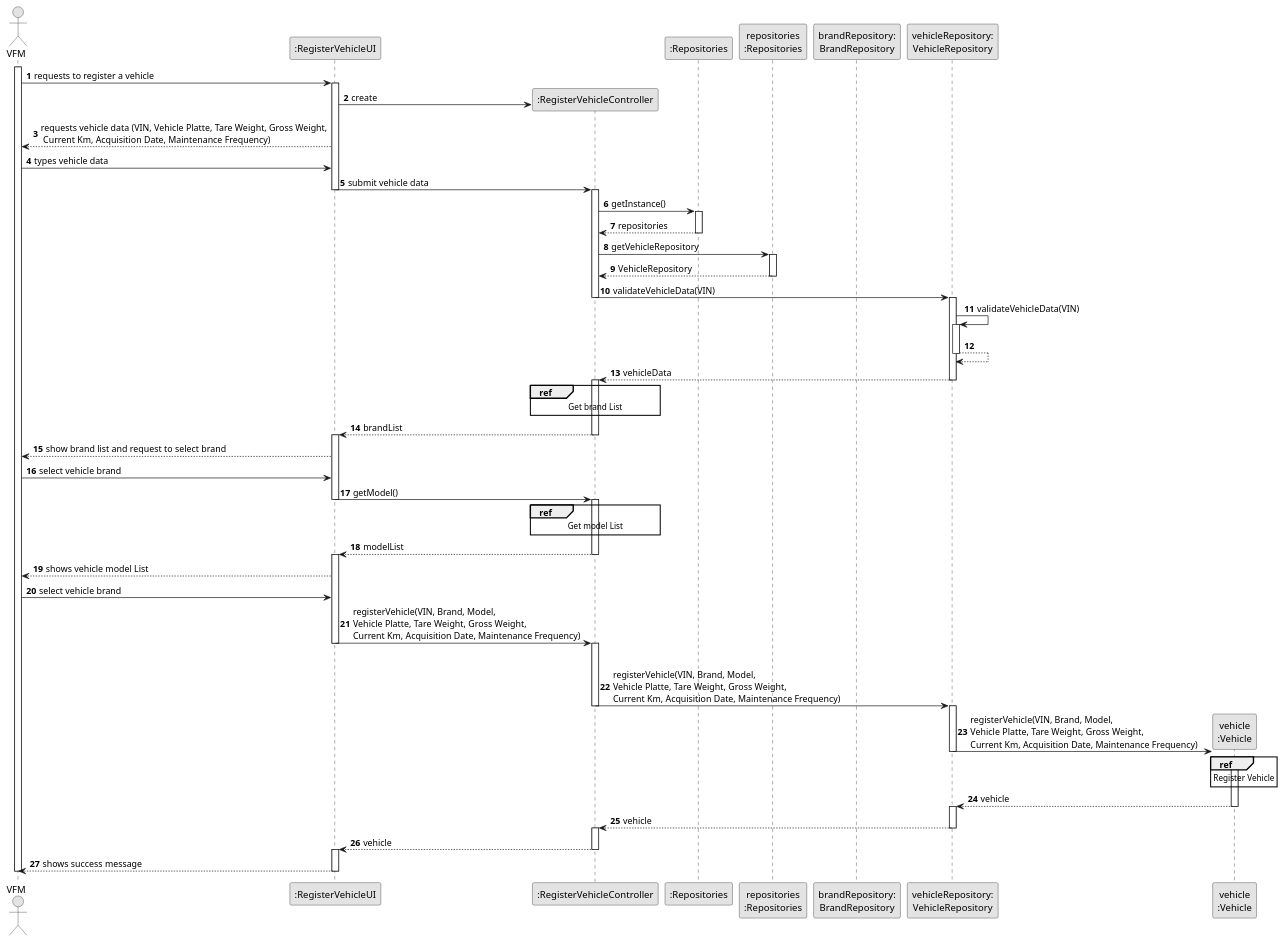
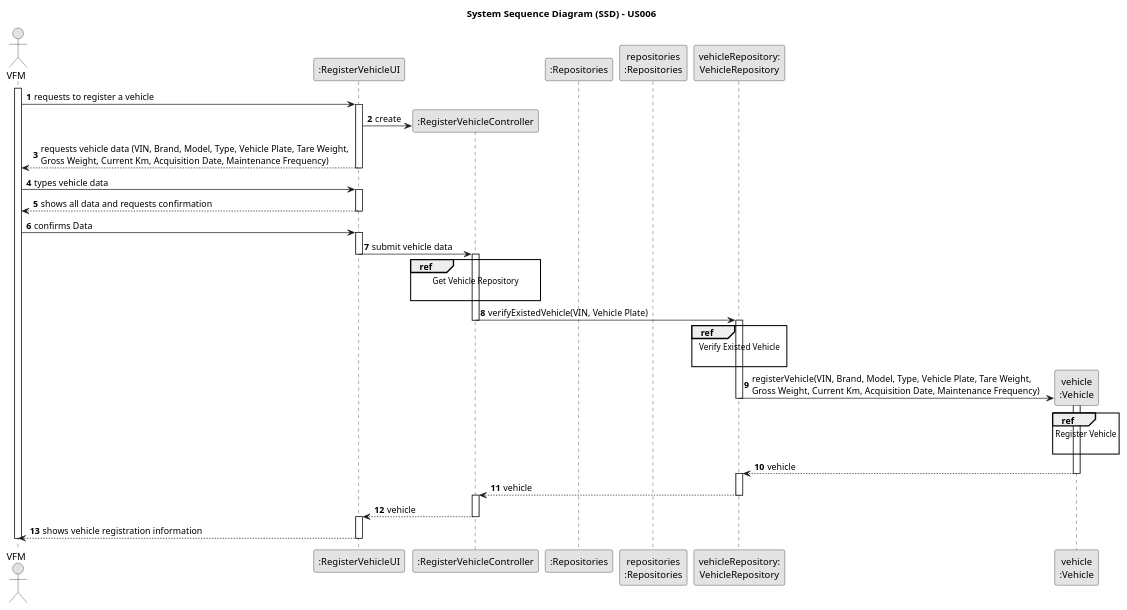
One commit to ricardomm7/leaflink changed the diagram in docs/sprintB/us006/03.design/puml/us006-sequence-diagram-split.puml. Above: the diagram before and after it, drawn with PlantUML. The commit also changed 11 other files, not shown here.

Commit message:
LFC2-148<Update US006 Readme.md and Class Diagram> LFC2-88<Update SSD>

```diff
--- a/docs/sprintB/us006/03.design/puml/us006-sequence-diagram-split.puml
+++ b/docs/sprintB/us006/03.design/puml/us006-sequence-diagram-split.puml
@@ -1,135 +1,85 @@
 @startuml
 skinparam monochrome true
 skinparam packageStyle rectangle
 skinparam shadowing false
 
+title System Sequence Diagram (SSD) - US006
 
 autonumber
 
-'hide footbox
 actor "VFM" as VFM
 participant ":RegisterVehicleUI" as UI
 participant ":RegisterVehicleController" as CTRL
 participant ":Repositories" as RepositorySingleton
 participant "repositories\n:Repositories" as PLAT
-participant "brandRepository:\nBrandRepository" as BrandRepository
 participant "vehicleRepository:\nVehicleRepository" as VehicleRepository
 participant "vehicle\n:Vehicle" as VEI
 
 activate VFM
 
     VFM -> UI : requests to register a vehicle
     activate UI
 
         UI -> CTRL** : create
 
-        UI --> VFM : requests vehicle data (VIN, Vehicle Platte, Tare Weight, Gross Weight,\n Current Km, Acquisition Date, Maintenance Frequency)
+        UI --> VFM : requests vehicle data (VIN, Brand, Model, Type, Vehicle Plate, Tare Weight, \nGross Weight, Current Km, Acquisition Date, Maintenance Frequency)
+        deactivate UI
 
     VFM -> UI : types vehicle data
+    activate UI
+
+    UI --> VFM : shows all data and requests confirmation
+    deactivate UI
+
+    VFM -> UI: confirms Data
+    activate UI
 
         UI -> CTRL : submit vehicle data
         deactivate UI
         activate CTRL
 
-            CTRL -> RepositorySingleton: getInstance()
-            activate RepositorySingleton
+            ref over CTRL
+                                            Get Vehicle Repository
 
-            RepositorySingleton --> CTRL: repositories
-            deactivate RepositorySingleton
+                                        end ref
 
-            CTRL -> PLAT: getVehicleRepository
-            activate PLAT
+        CTRL -> VehicleRepository : verifyExistedVehicle(VIN, Vehicle Plate)
+        deactivate CTRL
 
-            PLAT --> CTRL: VehicleRepository
-            deactivate PLAT
-
-            CTRL -> VehicleRepository : validateVehicleData(VIN)
-            deactivate CTRL
             activate VehicleRepository
 
-            VehicleRepository -> VehicleRepository: validateVehicleData(VIN)
+            ref over VehicleRepository
+                                                        Verify Existed Vehicle
+
+                                                    end ref
+
+
+            VehicleRepository -> VEI **: registerVehicle(VIN, Brand, Model, Type, Vehicle Plate, Tare Weight, \nGross Weight, Current Km, Acquisition Date, Maintenance Frequency)
+        deactivate VehicleRepository
+            activate VEI
+
+            ref over VEI
+                                            Register Vehicle
+
+                                        end ref
+
+            VEI --> VehicleRepository: vehicle
+            deactivate VEI
             activate VehicleRepository
 
-            VehicleRepository --> VehicleRepository
-            deactivate VehicleRepository
+            VehicleRepository --> CTRL: vehicle
+                        deactivate VehicleRepository
 
-            VehicleRepository --> CTRL : vehicleData
-            deactivate VehicleRepository
             activate CTRL
 
 
-
-
-            ref over CTRL
-                                            Get brand List
-                                        end ref
-
-            CTRL --> UI: brandList
+            CTRL --> UI : vehicle
             deactivate CTRL
             activate UI
 
-
-
-    UI --> VFM : show brand list and request to select brand
-
-    VFM -> UI : select vehicle brand
-
-    UI -> CTRL : getModel()
-    deactivate UI
-    activate CTRL
-
-        ref over CTRL
-                                            Get model List
-                                        end ref
-
-
-
-    CTRL --> UI: modelList
-    deactivate CTRL
-    activate UI
-
-
-    UI --> VFM : shows vehicle model List
-
-
-
-    VFM -> UI : select vehicle brand
-
-        UI -> CTRL : registerVehicle(VIN, Brand, Model, \nVehicle Platte, Tare Weight, Gross Weight, \nCurrent Km, Acquisition Date, Maintenance Frequency)
-        deactivate UI
-        activate CTRL
-
-            |||
-            CTRL -> VehicleRepository : registerVehicle(VIN, Brand, Model, \nVehicle Platte, Tare Weight, Gross Weight, \nCurrent Km, Acquisition Date, Maintenance Frequency)
-            deactivate CTRL
-            activate VehicleRepository
-
-                VehicleRepository -> VEI **: registerVehicle(VIN, Brand, Model, \nVehicle Platte, Tare Weight, Gross Weight, \nCurrent Km, Acquisition Date, Maintenance Frequency)
-                deactivate VehicleRepository
-                activate VEI
-
-                        ref over VEI
-                                                                    Register Vehicle
-                                                                end ref
-
-
-                 VEI --> VehicleRepository: vehicle
-                                deactivate VEI
-
-                activate VehicleRepository
-
-            VehicleRepository --> CTRL: vehicle
-            deactivate VehicleRepository
-            activate CTRL
-
-            CTRL --> UI: vehicle
-            deactivate CTRL
-
-activate UI
-
-        UI --> VFM : shows success message
+    UI --> VFM : shows vehicle registration information
     deactivate UI
 
 deactivate VFM
 
 @enduml
```
